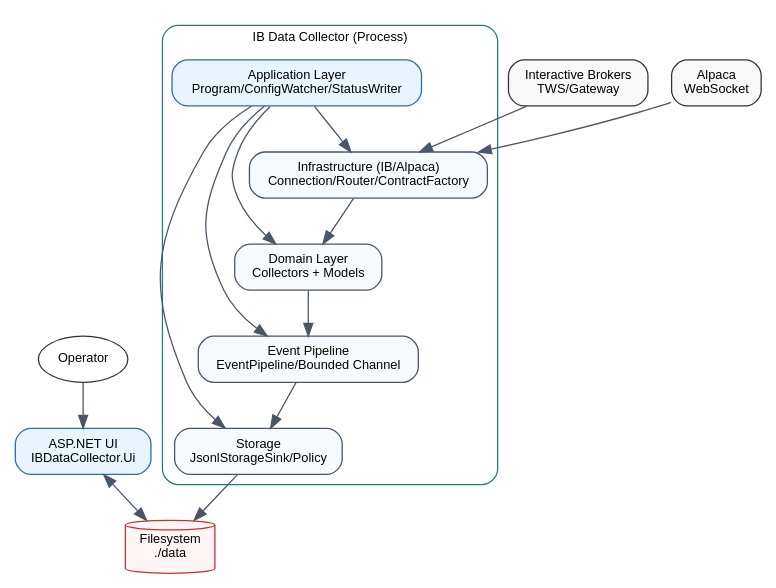
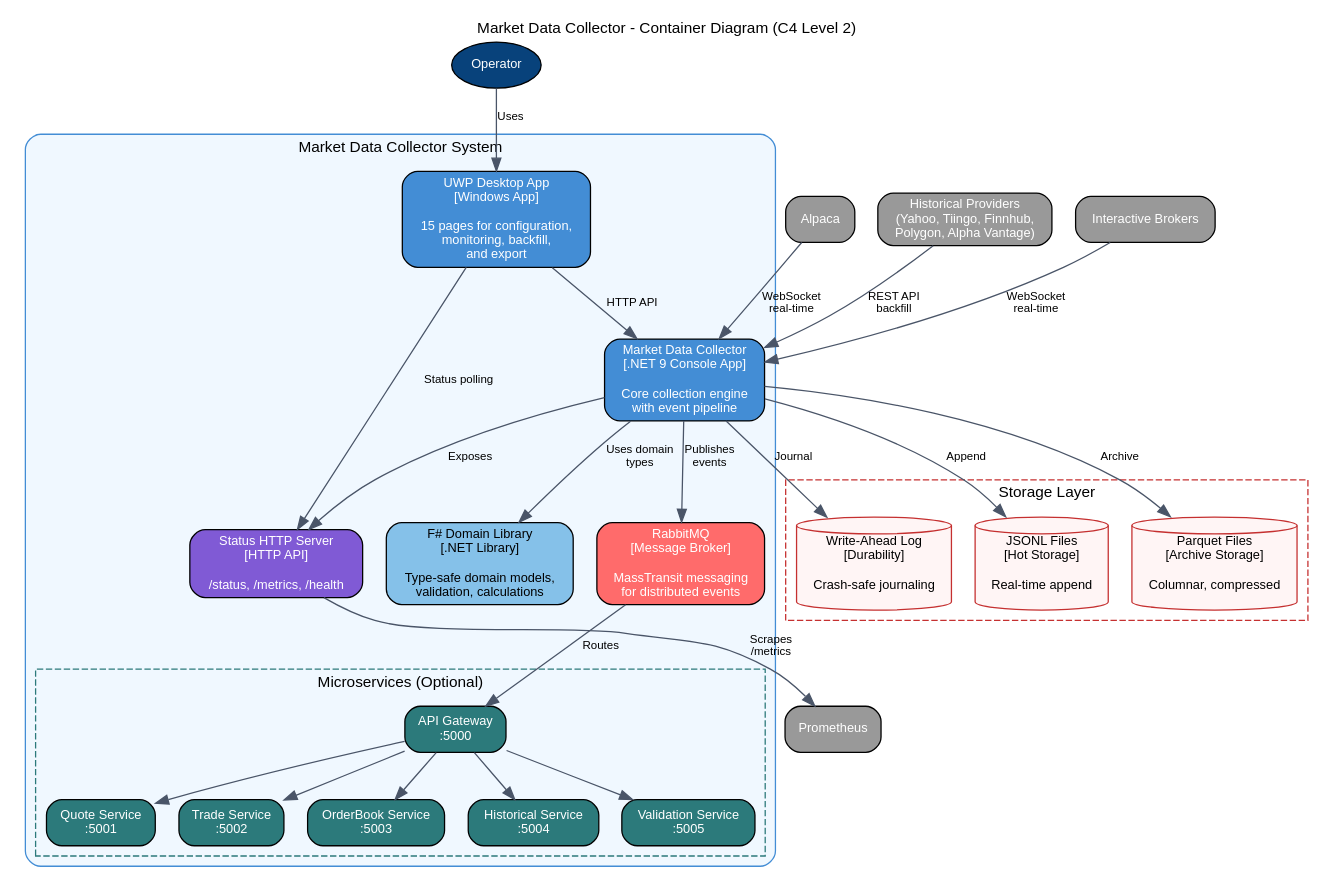
The diagram in MarketDataCollector/docs/diagrams/c4-level2-containers.dot (rodoHasArrived/Market-Data-Collector), drawn with Graphviz before and after one commit. The commit also changed 8 other files, not shown here.

First line of the commit message:
Update and expand architecture diagrams for v1.5.0

```diff
--- a/MarketDataCollector/docs/diagrams/c4-level2-containers.dot
+++ b/MarketDataCollector/docs/diagrams/c4-level2-containers.dot
@@ -1,40 +1,118 @@
+// C4 Level 2: Container Diagram
+// Market Data Collector v1.5.0
+// Last Updated: 2026-01-08
 
-    digraph G {
-      rankdir=TB;
-      graph [fontname="Helvetica", fontsize=10, bgcolor="white"];
-      node  [fontname="Helvetica", fontsize=10, shape=box, style="rounded,filled", color="#2b6cb0", fillcolor="#e8f4ff"];
-      edge  [fontname="Helvetica", fontsize=10, color="#4a5568"];
+digraph C4_Containers {
+  rankdir=TB;
+  graph [fontname="Helvetica", fontsize=12, bgcolor="white", compound=true];
+  node  [fontname="Helvetica", fontsize=10, shape=box, style="rounded,filled"];
+  edge  [fontname="Helvetica", fontsize=9, color="#4a5568"];
 
-      Operator [shape=oval, style="filled", fillcolor="#ffffff", color="#333333", label="Operator"];
-      UI [label="ASP.NET UI\nIBDataCollector.Ui", fillcolor="#e8f4ff", color="#2b6cb0"];
-      DISK [shape=cylinder, style="filled", fillcolor="#fff5f5", color="#c53030", label="Filesystem\n./data"];
-      IB [fillcolor="#f8f8f8", color="#333333", label="Interactive Brokers\nTWS/Gateway"];
-      ALP [fillcolor="#f8f8f8", color="#333333", label="Alpaca\nWebSocket"];
+  // Title
+  labelloc="t";
+  label="Market Data Collector - Container Diagram (C4 Level 2)";
 
-      subgraph cluster_proc {
-        label="IB Data Collector (Process)";
-        color="#2c7a7b";
-        style="rounded";
+  // External Actors
+  Operator [shape=oval, style="filled", fillcolor="#08427b", fontcolor="white",
+            label="Operator"];
 
-        APP [label="Application Layer\nProgram/ConfigWatcher/StatusWriter"];
-        DOM [label="Domain Layer\nCollectors + Models", fillcolor="#f7fafc", color="#4a5568"];
-        PIPE [label="Event Pipeline\nEventPipeline/Bounded Channel", fillcolor="#f7fafc", color="#4a5568"];
-        STOR [label="Storage\nJsonlStorageSink/Policy", fillcolor="#f7fafc", color="#4a5568"];
-        INFRA [label="Infrastructure (IB/Alpaca)\nConnection/Router/ContractFactory", fillcolor="#f7fafc", color="#4a5568"];
+  // External Systems
+  IB [shape=box, style="rounded,filled", fillcolor="#999999", fontcolor="white",
+      label="Interactive Brokers"];
+  ALP [shape=box, style="rounded,filled", fillcolor="#999999", fontcolor="white",
+       label="Alpaca"];
+  HIST_PROVIDERS [shape=box, style="rounded,filled", fillcolor="#999999", fontcolor="white",
+                  label="Historical Providers\n(Yahoo, Tiingo, Finnhub,\nPolygon, Alpha Vantage)"];
 
-        APP -> INFRA;
-        APP -> DOM;
-        APP -> PIPE;
-        APP -> STOR;
+  // System Boundary
+  subgraph cluster_mdc {
+    label="Market Data Collector System";
+    color="#438dd5";
+    style="rounded";
+    bgcolor="#f0f8ff";
 
-        INFRA -> DOM;
-        DOM -> PIPE;
-        PIPE -> STOR;
-      }
+    // UWP Desktop Application
+    UWP [shape=box, style="rounded,filled", fillcolor="#438dd5", fontcolor="white",
+         label="UWP Desktop App\n[Windows App]\n\n15 pages for configuration,\nmonitoring, backfill,\nand export"];
 
-      Operator -> UI;
-      UI -> DISK [dir=both];
-      IB -> INFRA;
-      ALP -> INFRA;
-      STOR -> DISK;
+    // Core Collector Service
+    CORE [shape=box, style="rounded,filled", fillcolor="#438dd5", fontcolor="white",
+          label="Market Data Collector\n[.NET 9 Console App]\n\nCore collection engine\nwith event pipeline"];
+
+    // F# Domain Library
+    FSHARP [shape=box, style="rounded,filled", fillcolor="#85c1e9", fontcolor="black",
+            label="F# Domain Library\n[.NET Library]\n\nType-safe domain models,\nvalidation, calculations"];
+
+    // Microservices (Optional)
+    subgraph cluster_microservices {
+      label="Microservices (Optional)";
+      color="#2c7a7b";
+      style="dashed";
+
+      GATEWAY [shape=box, style="rounded,filled", fillcolor="#2c7a7b", fontcolor="white",
+               label="API Gateway\n:5000"];
+      QUOTE_SVC [shape=box, style="rounded,filled", fillcolor="#2c7a7b", fontcolor="white",
+                 label="Quote Service\n:5001"];
+      TRADE_SVC [shape=box, style="rounded,filled", fillcolor="#2c7a7b", fontcolor="white",
+                 label="Trade Service\n:5002"];
+      ORDERBOOK_SVC [shape=box, style="rounded,filled", fillcolor="#2c7a7b", fontcolor="white",
+                     label="OrderBook Service\n:5003"];
+      HIST_SVC [shape=box, style="rounded,filled", fillcolor="#2c7a7b", fontcolor="white",
+                label="Historical Service\n:5004"];
+      VAL_SVC [shape=box, style="rounded,filled", fillcolor="#2c7a7b", fontcolor="white",
+               label="Validation Service\n:5005"];
     }
+
+    // Message Bus
+    RABBITMQ [shape=box, style="rounded,filled", fillcolor="#ff6b6b", fontcolor="white",
+              label="RabbitMQ\n[Message Broker]\n\nMassTransit messaging\nfor distributed events"];
+
+    // HTTP Monitoring Server
+    HTTP [shape=box, style="rounded,filled", fillcolor="#805ad5", fontcolor="white",
+          label="Status HTTP Server\n[HTTP API]\n\n/status, /metrics, /health"];
+  }
+
+  // Storage
+  subgraph cluster_storage {
+    label="Storage Layer";
+    color="#c53030";
+    style="dashed";
+
+    JSONL [shape=cylinder, style="filled", fillcolor="#fff5f5", color="#c53030",
+           label="JSONL Files\n[Hot Storage]\n\nReal-time append"];
+    PARQUET [shape=cylinder, style="filled", fillcolor="#fff5f5", color="#c53030",
+             label="Parquet Files\n[Archive Storage]\n\nColumnar, compressed"];
+    WAL [shape=cylinder, style="filled", fillcolor="#fff5f5", color="#c53030",
+         label="Write-Ahead Log\n[Durability]\n\nCrash-safe journaling"];
+  }
+
+  // Monitoring
+  PROM [shape=box, style="rounded,filled", fillcolor="#999999", fontcolor="white",
+        label="Prometheus"];
+
+  // Relationships
+  Operator -> UWP [label="Uses"];
+  UWP -> CORE [label="HTTP API"];
+  UWP -> HTTP [label="Status polling"];
+
+  IB -> CORE [label="WebSocket\nreal-time"];
+  ALP -> CORE [label="WebSocket\nreal-time"];
+  HIST_PROVIDERS -> CORE [label="REST API\nbackfill"];
+
+  CORE -> FSHARP [label="Uses domain\ntypes"];
+  CORE -> RABBITMQ [label="Publishes\nevents"];
+  CORE -> HTTP [label="Exposes"];
+
+  RABBITMQ -> GATEWAY [label="Routes"];
+  GATEWAY -> QUOTE_SVC;
+  GATEWAY -> TRADE_SVC;
+  GATEWAY -> ORDERBOOK_SVC;
+  GATEWAY -> HIST_SVC;
+  GATEWAY -> VAL_SVC;
+
+  CORE -> WAL [label="Journal"];
+  CORE -> JSONL [label="Append"];
+  CORE -> PARQUET [label="Archive"];
+
+  HTTP -> PROM [label="Scrapes\n/metrics"];
+}
```
